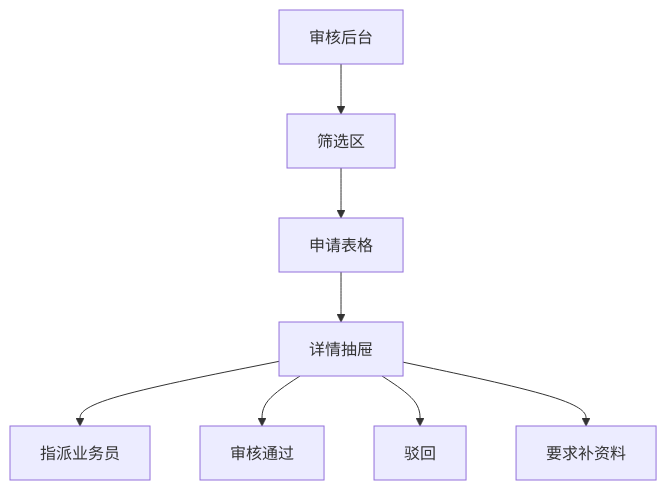
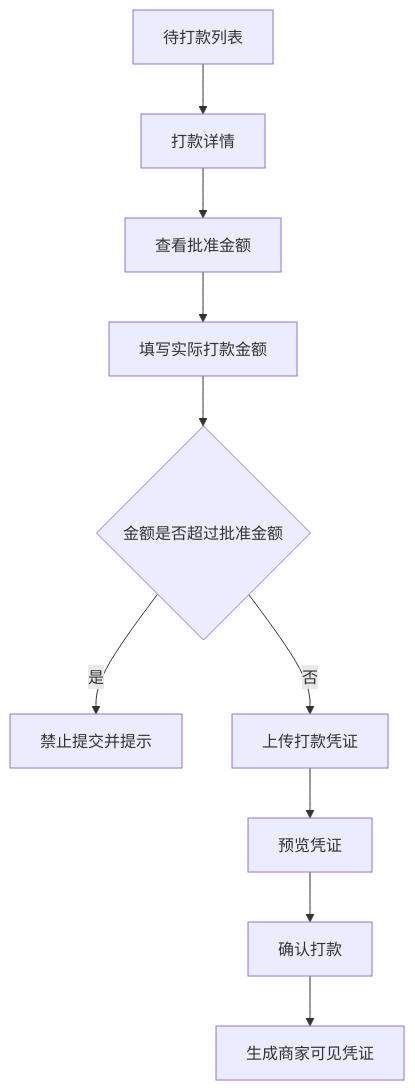
The fourth of 4 diagrams in docs/superpowers/specs/2026-06-08-h5-business-ux-redesign-design.md (CharlesLieu/p2boyuan-v01), drawn with Mermaid before and after one commit. The commit also changed other lines of this file and 1 other file, not shown here.

````diff
--- a/docs/superpowers/specs/2026-06-08-h5-business-ux-redesign-design.md
+++ b/docs/superpowers/specs/2026-06-08-h5-business-ux-redesign-design.md
@@ -121,10 +141,12 @@
 ```mermaid
 flowchart TD
-  A["审核后台"] --> B["筛选区"]
-  B --> C["申请表格"]
-  C --> D["详情抽屉"]
-  D --> E["指派业务员"]
-  D --> F["审核通过"]
-  D --> G["驳回"]
-  D --> H["要求补资料"]
+  A["待打款列表"] --> B["打款详情"]
+  B --> C["查看批准金额"]
+  C --> D["填写实际打款金额"]
+  D --> E{"金额是否超过批准金额"}
+  E -->|是| F["禁止提交并提示"]
+  E -->|否| G["上传打款凭证"]
+  G --> H["预览凭证"]
+  H --> I["确认打款"]
+  I --> J["生成商家可见凭证"]
 ```
````
